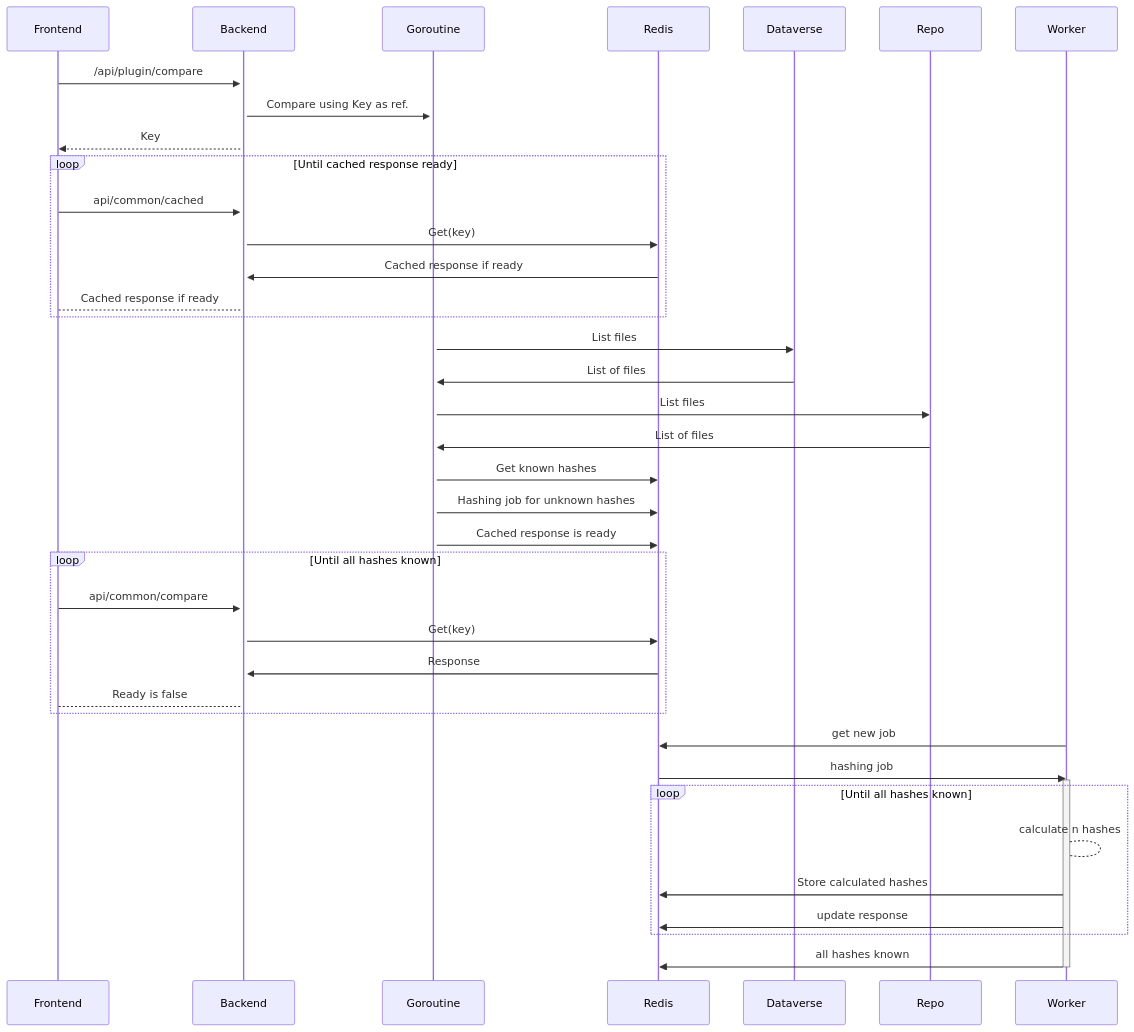
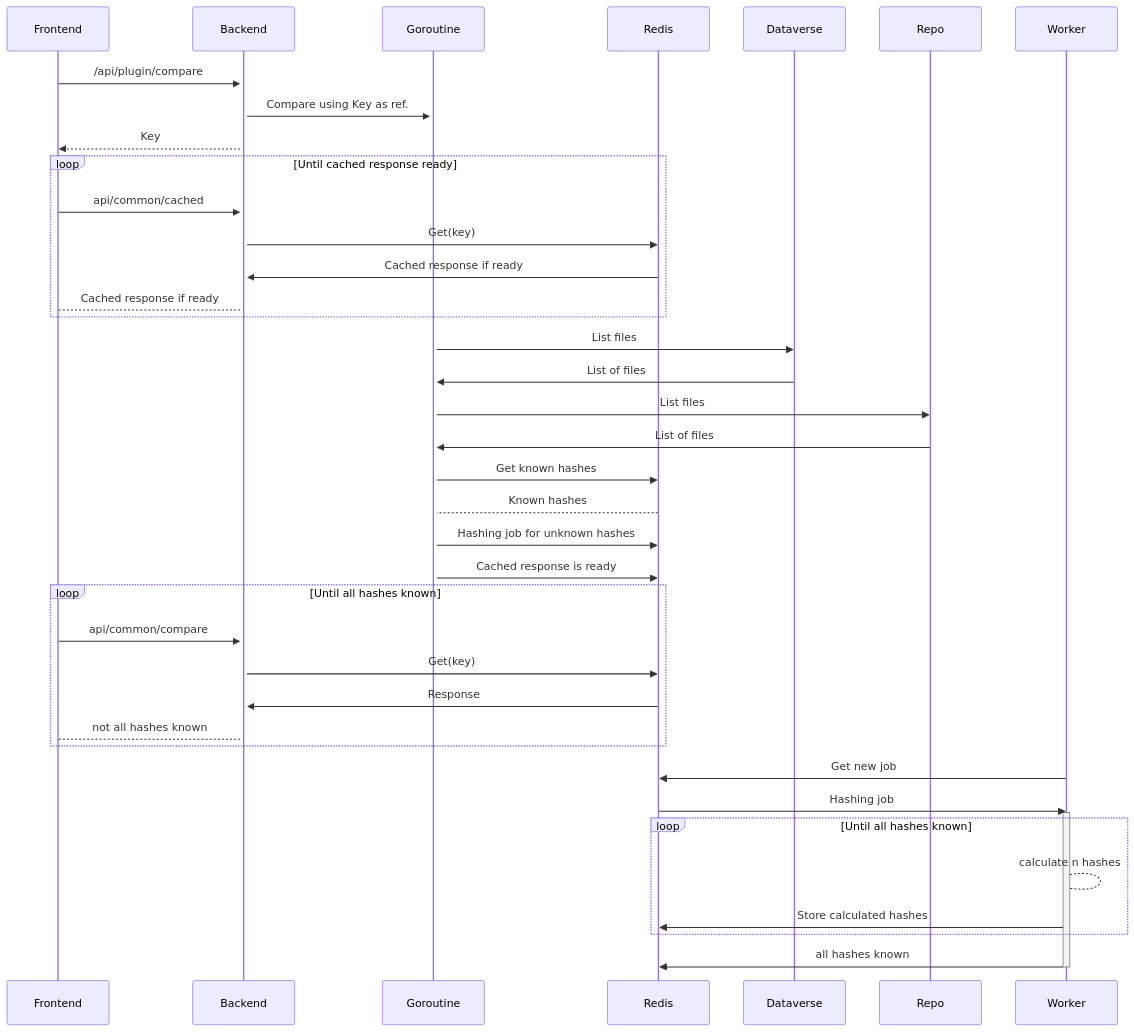
Before and after one commit to libis/rdm-integration: the second of 2 diagrams in README.md, drawn with Mermaid.

````diff
--- a/README.md
+++ b/README.md
@@ -47,35 +47,35 @@
 ```mermaid
 sequenceDiagram
     Frontend->>+Backend: /api/plugin/compare
     Backend->>+Goroutine: Compare using Key as ref.
     Backend-->>Frontend: Key
     loop Until cached response ready
     	Frontend->>Backend: api/common/cached
 	Backend->>Redis: Get(key)
 	Redis->>Backend: Cached response if ready
         Backend-->Frontend: Cached response if ready
     end
     Goroutine->>Dataverse: List files
     Dataverse->>Goroutine: List of files
     Goroutine->>Repo: List files
     Repo->>Goroutine: List of files
     Goroutine->>Redis: Get known hashes
+    Redis-->Goroutine: Known hashes
     Goroutine->>Redis: Hashing job for unknown hashes
     Goroutine->>Redis: Cached response is ready
     loop Until all hashes known
     	Frontend->>Backend: api/common/compare
 	Backend->>Redis: Get(key)
 	Redis->>Backend: Response
-        Backend-->Frontend: Ready is false
+        Backend-->Frontend: not all hashes known
     end
-    Worker->>Redis: get new job
-    Redis->>Worker: hashing job
+    Worker->>Redis: Get new job
+    Redis->>Worker: Hashing job
     activate Worker
     loop Until all hashes known
     	Worker-->Worker: calculate n hashes
 	Worker->>Redis: Store calculated hashes
-	Worker->>Redis: update response
     end
     Worker->>Redis: all hashes known
     deactivate Worker
 ```
````
